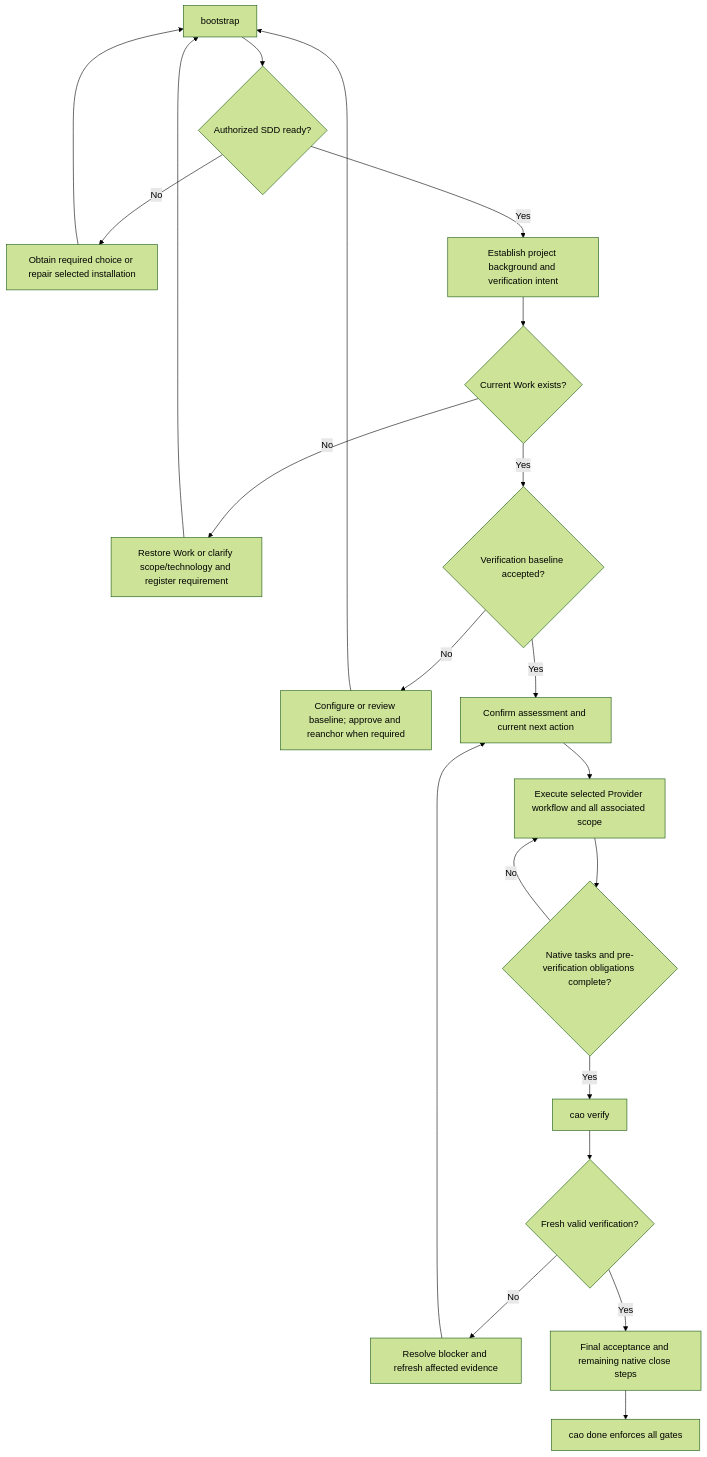
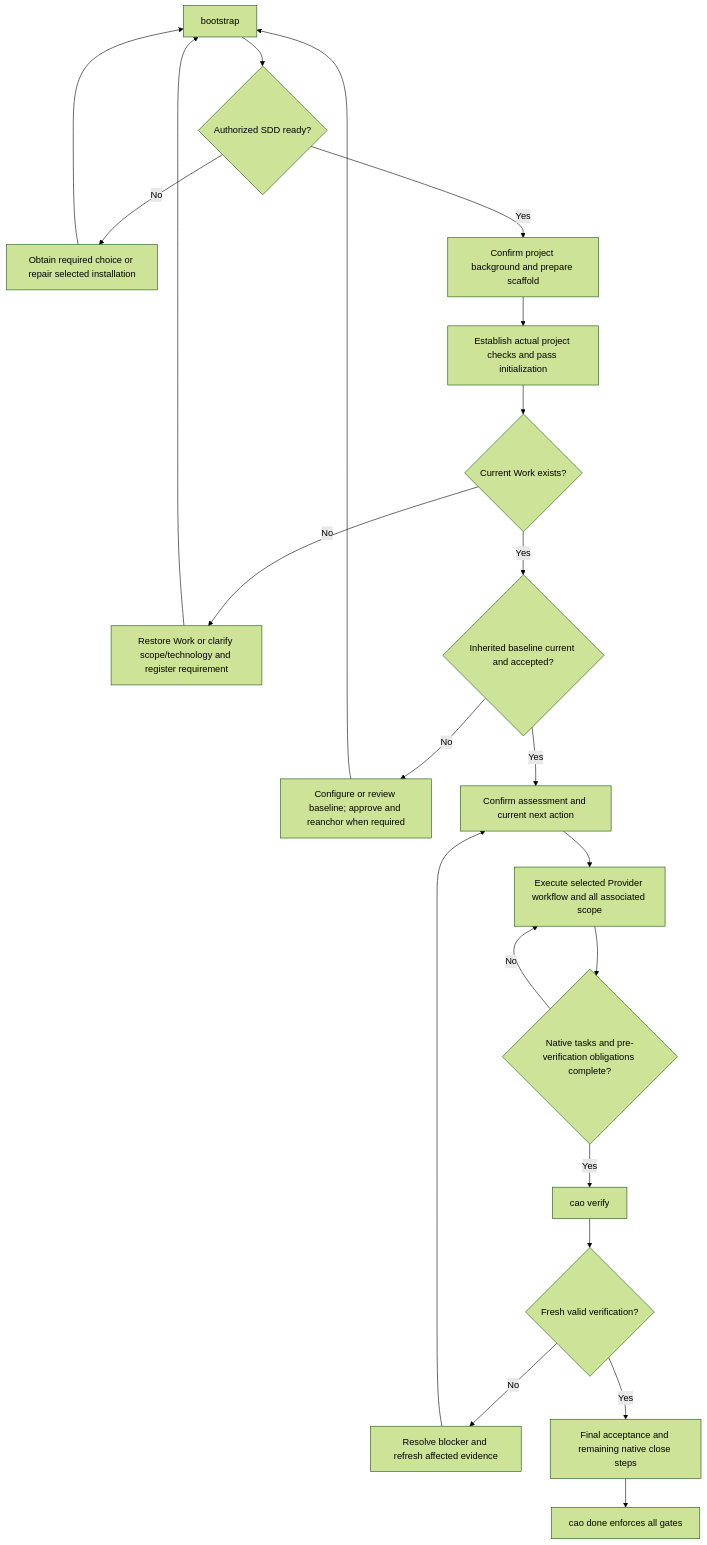
One commit to wymix-tech/coding-agent-orchestrator changed the diagram in SKILL.md. Above: the diagram before and after it, drawn with Mermaid (forest theme). The commit also changed other lines of this file and 40 other files, not shown here.

Commit message:
fix: establish project verification before work intake

````diff
--- a/SKILL.md
+++ b/SKILL.md
@@ -58,23 +55,24 @@
 ```mermaid
 flowchart TD
     A["bootstrap"] --> B{"Authorized SDD ready?"}
     B -->|No| C["Obtain required choice or repair selected installation"]
     C --> A
-    B -->|Yes| P["Establish project background and verification intent"]
-    P --> D{"Current Work exists?"}
+    B -->|Yes| P["Confirm project background and prepare scaffold"]
+    P --> Q["Establish actual project checks and pass initialization"]
+    Q --> D{"Current Work exists?"}
     D -->|No| E["Restore Work or clarify scope/technology and register requirement"]
     E --> A
-    D -->|Yes| F{"Verification baseline accepted?"}
+    D -->|Yes| F{"Inherited baseline current and accepted?"}
     F -->|No| G["Configure or review baseline; approve and reanchor when required"]
     G --> A
     F -->|Yes| H["Confirm assessment and current next action"]
     H --> I["Execute selected Provider workflow and all associated scope"]
     I --> J{"Native tasks and pre-verification obligations complete?"}
     J -->|No| I
     J -->|Yes| K["cao verify"]
     K --> L{"Fresh valid verification?"}
     L -->|No| M["Resolve blocker and refresh affected evidence"]
     M --> H
     L -->|Yes| N["Final acceptance and remaining native close steps"]
     N --> O["cao done enforces all gates"]
 ```
````
